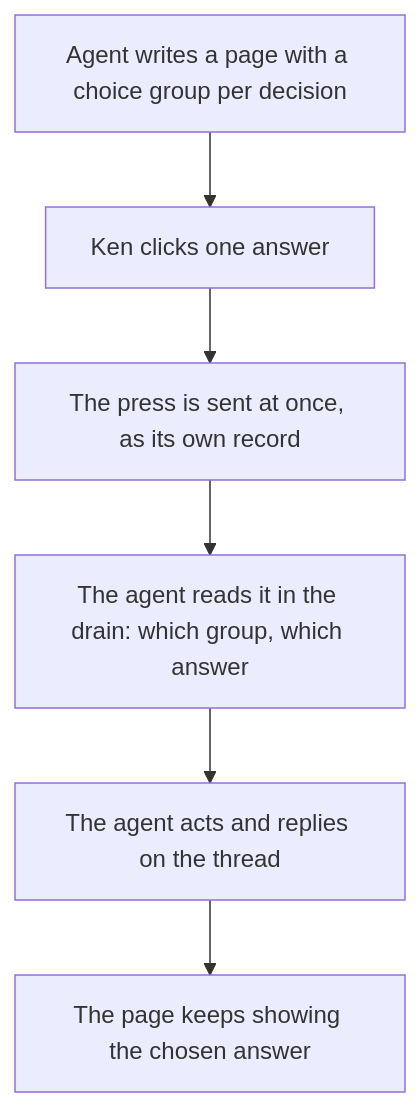
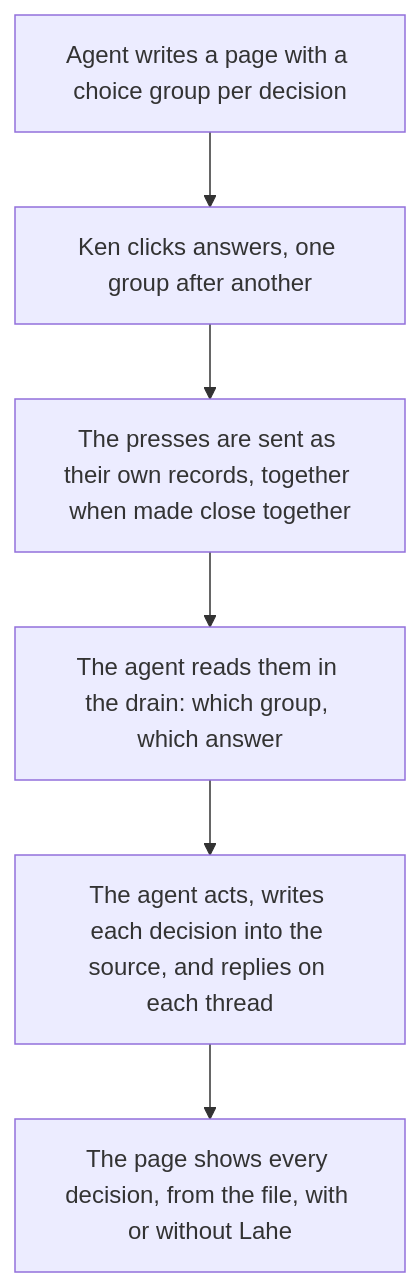
One commit to kenxle/live-agentic-html-editor changed the diagram in docs/features/20261013.01_choice_buttons/01_brief_choice_buttons.md. Above: the diagram before and after it, drawn with Mermaid. The commit also changed other lines of this file and 3 other files, not shown here.

Commit message:
Choice buttons: PM review folded into the brief (12 findings), architecture carries the press batch and page states, progress page for Ken

````diff
--- a/docs/features/20261013.01_choice_buttons/01_brief_choice_buttons.md
+++ b/docs/features/20261013.01_choice_buttons/01_brief_choice_buttons.md
@@ -17,8 +17,8 @@
 ```mermaid
 flowchart TD
-  A[Agent writes a page with a choice group per decision] --> B[Ken clicks one answer]
-  B --> C[The press is sent at once, as its own record]
-  C --> D[The agent reads it in the drain: which group, which answer]
-  D --> E[The agent acts and replies on the thread]
-  E --> F[The page keeps showing the chosen answer]
+  A[Agent writes a page with a choice group per decision] --> B[Ken clicks answers, one group after another]
+  B --> C[The presses are sent as their own records, together when made close together]
+  C --> D[The agent reads them in the drain: which group, which answer]
+  D --> E[The agent acts, writes each decision into the source, and replies on each thread]
+  E --> F[The page shows every decision, from the file, with or without Lahe]
 ```
````
